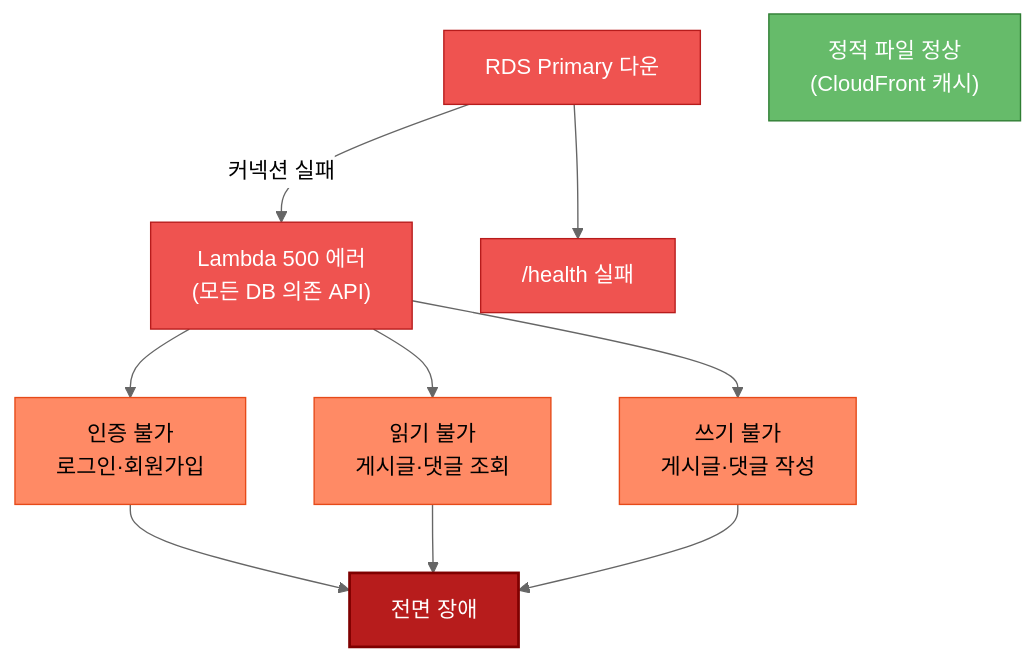
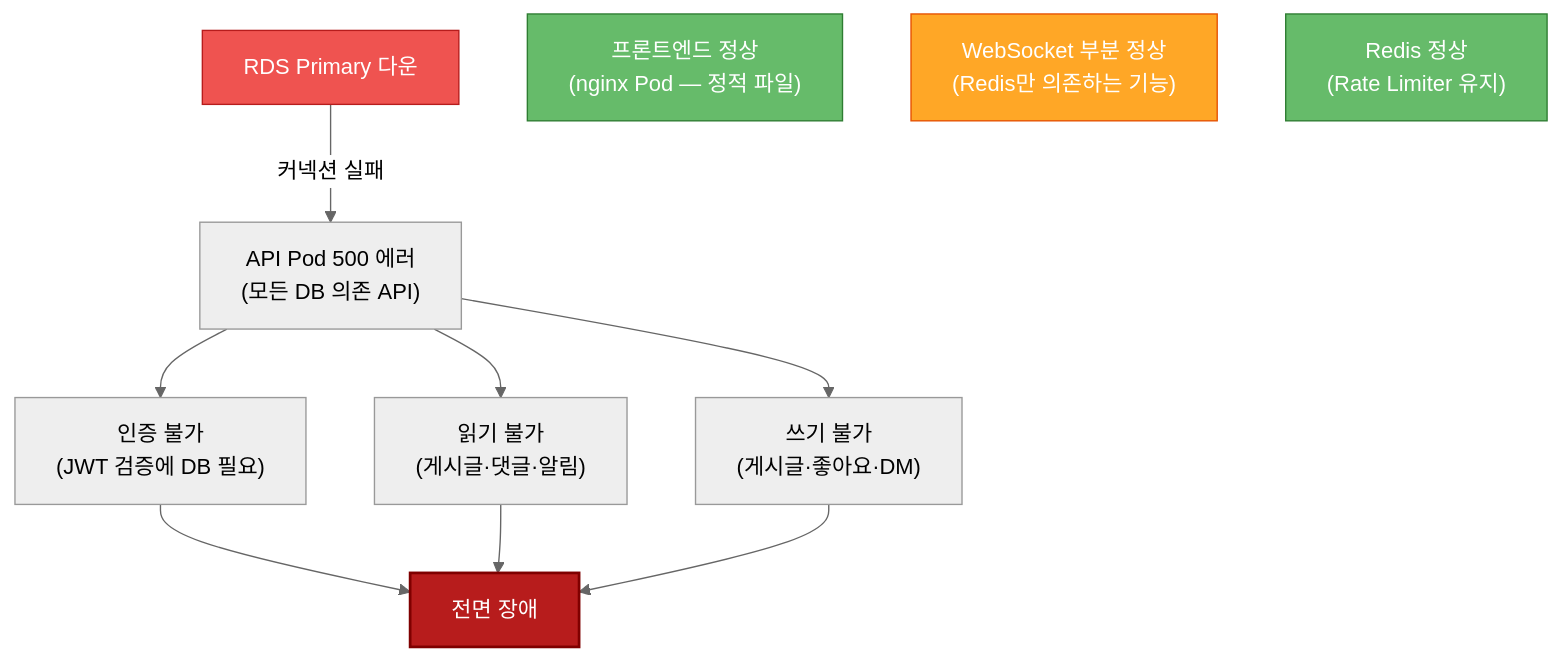
The seventh of 18 diagrams in report.md (revenantonthemission/2-cho-community-infra), drawn with Mermaid (neutral theme) before and after one commit. The commit also changed other lines of this file and 4 other files, not shown here.

````diff
--- a/report.md
+++ b/report.md
@@ -573,26 +430,23 @@
 ```mermaid
 flowchart TD
     RDS_Fail["RDS Primary 다운"]
 
-    RDS_Fail -->|"커넥션 실패"| Lambda_Err["Lambda 500 에러<br/>(모든 DB 의존 API)"]
-    Lambda_Err --> Auth_Fail["인증 불가<br/>로그인·회원가입"]
-    Lambda_Err --> Read_Fail["읽기 불가<br/>게시글·댓글 조회"]
-    Lambda_Err --> Write_Fail["쓰기 불가<br/>게시글·댓글 작성"]
+    RDS_Fail -->|"커넥션 실패"| API_Err["API Pod 500 에러<br/>(모든 DB 의존 API)"]
+    API_Err --> Auth_Fail["인증 불가<br/>(JWT 검증에 DB 필요)"]
+    API_Err --> Read_Fail["읽기 불가<br/>(게시글·댓글·알림)"]
+    API_Err --> Write_Fail["쓰기 불가<br/>(게시글·좋아요·DM)"]
 
     Auth_Fail --> Total["전면 장애"]
     Read_Fail --> Total
     Write_Fail --> Total
 
-    RDS_Fail --> Health_Fail["/health 실패"]
-
-    S3_OK["정적 파일 정상<br/>(CloudFront 캐시)"]
+    FE_OK["프론트엔드 정상<br/>(nginx Pod — 정적 파일)"]
+    WS_Partial["WebSocket 부분 정상<br/>(Redis만 의존하는 기능)"]
+    Redis_OK["Redis 정상<br/>(Rate Limiter 유지)"]
 
     style RDS_Fail fill:#ef5350,color:#fff,stroke:#b71c1c
-    style Lambda_Err fill:#ef5350,color:#fff,stroke:#b71c1c
     style Total fill:#b71c1c,color:#fff,stroke:#7f0000,stroke-width:2px
-    style Health_Fail fill:#ef5350,color:#fff,stroke:#b71c1c
-    style Auth_Fail fill:#ff8a65,stroke:#e64a19
-    style Read_Fail fill:#ff8a65,stroke:#e64a19
-    style Write_Fail fill:#ff8a65,stroke:#e64a19
-    style S3_OK fill:#66bb6a,color:#fff,stroke:#2e7d32
+    style FE_OK fill:#66bb6a,color:#fff,stroke:#2e7d32
+    style WS_Partial fill:#ffa726,color:#fff,stroke:#e65100
+    style Redis_OK fill:#66bb6a,color:#fff,stroke:#2e7d32
 ```
````
